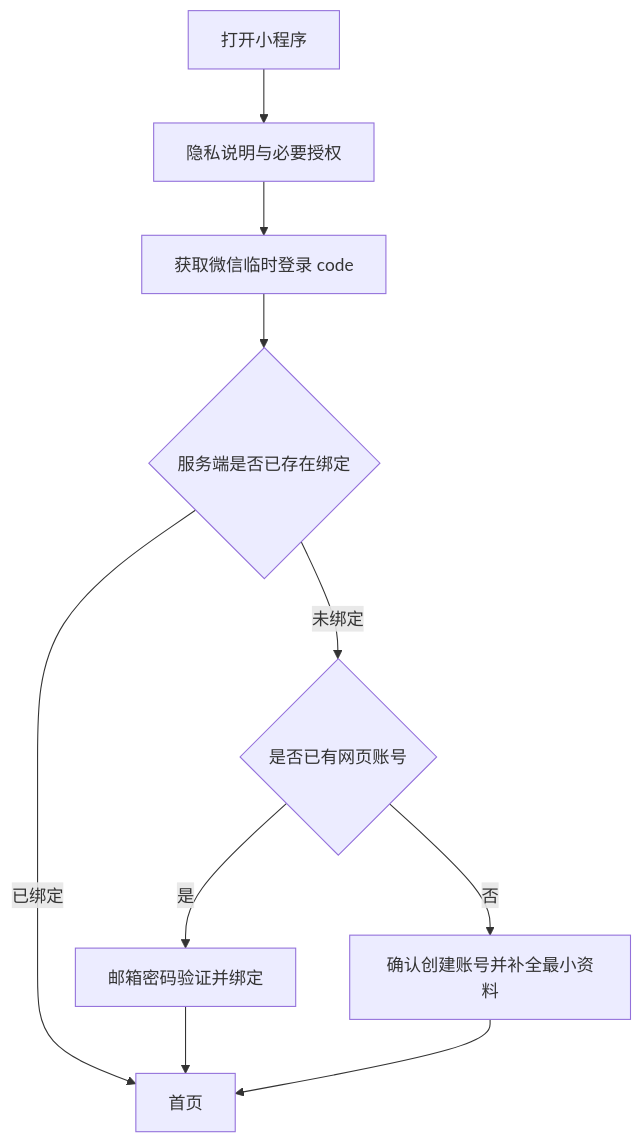
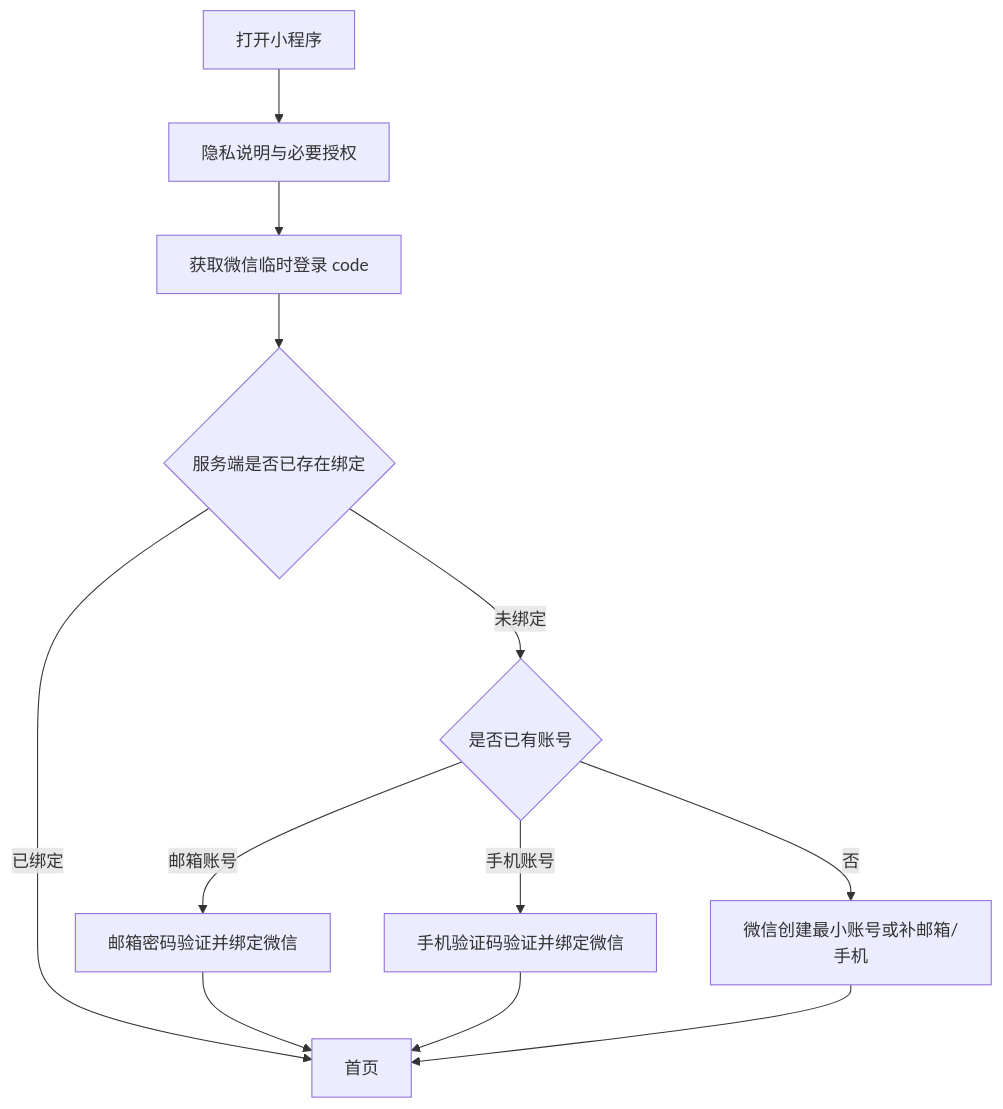
The fourth of 8 diagrams in docs/2026-07-19-uniapp-wechat-miniapp-plan.md (wuying1991/BloodTrack_tumor), drawn with Mermaid before and after one commit. The commit also changed other lines of this file and 118 other files, not shown here.

````diff
--- a/docs/2026-07-19-uniapp-wechat-miniapp-plan.md
+++ b/docs/2026-07-19-uniapp-wechat-miniapp-plan.md
@@ -244,12 +271,14 @@
 ```mermaid
 flowchart TD
   OPEN["打开小程序"] --> CONSENT["隐私说明与必要授权"]
   CONSENT --> WXCODE["获取微信临时登录 code"]
   WXCODE --> LOOKUP{"服务端是否已存在绑定"}
   LOOKUP -->|已绑定| HOME["首页"]
-  LOOKUP -->|未绑定| CHOICE{"是否已有网页账号"}
-  CHOICE -->|是| BIND["邮箱密码验证并绑定"]
-  CHOICE -->|否| PROFILE["确认创建账号并补全最小资料"]
-  BIND --> HOME["首页"]
+  LOOKUP -->|未绑定| CHOICE{"是否已有账号"}
+  CHOICE -->|邮箱账号| BIND_EMAIL["邮箱密码验证并绑定微信"]
+  CHOICE -->|手机账号| BIND_PHONE["手机验证码验证并绑定微信"]
+  CHOICE -->|否| PROFILE["微信创建最小账号或补邮箱/手机"]
+  BIND_EMAIL --> HOME
+  BIND_PHONE --> HOME
   PROFILE --> HOME
 ```
````
